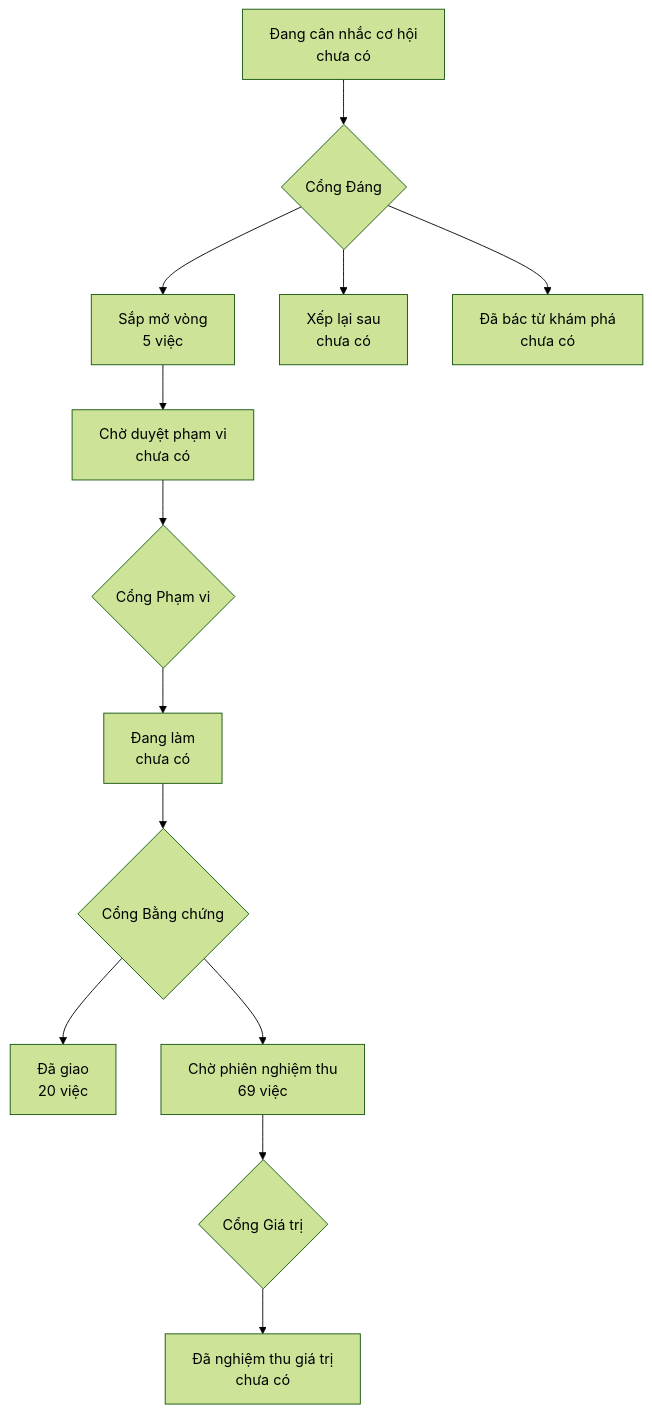
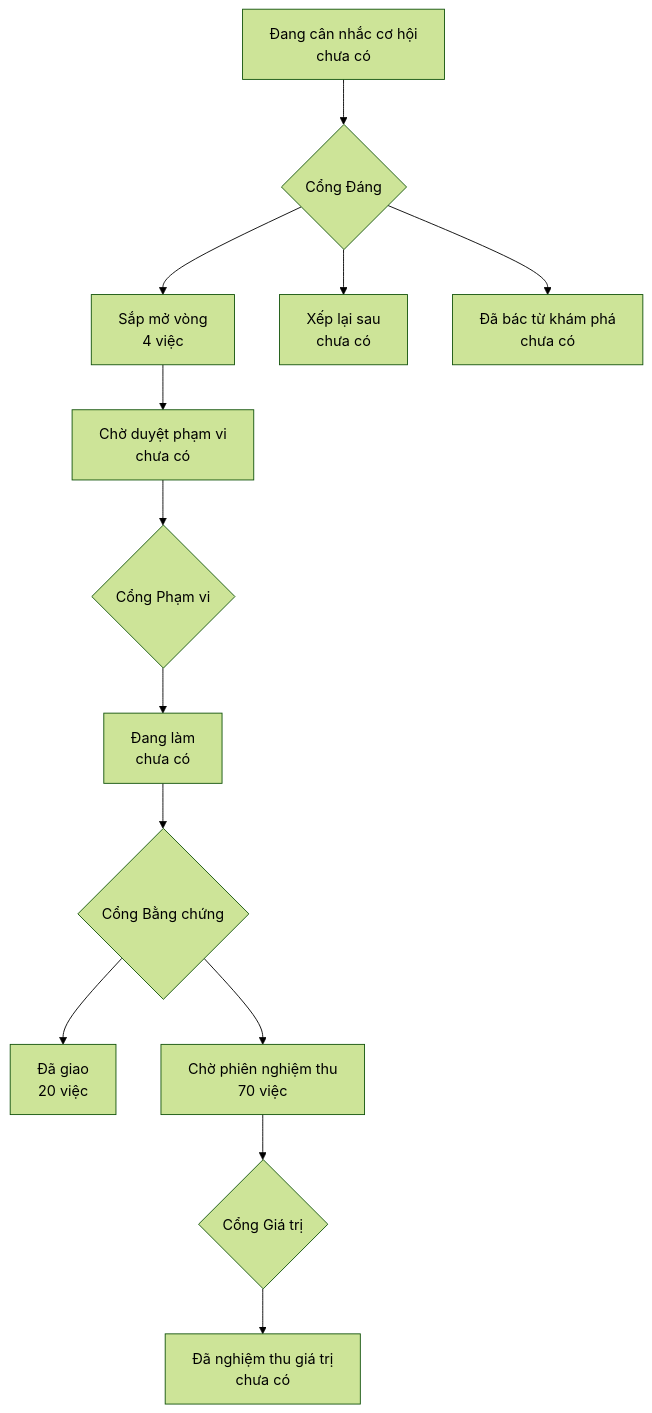
One commit to phanlemanh/onehub-quy-hang changed the diagram in PRODUCT-MAP.md. Above: the diagram before and after it, drawn with Mermaid (forest theme). The commit also changed 1 other file, not shown here.

Commit message:
chore: vẽ lại bản đồ sau gộp main (lead-dien-thoai)

````diff
--- a/PRODUCT-MAP.md
+++ b/PRODUCT-MAP.md
@@ -7,12 +7,12 @@
 ```mermaid
 flowchart TD
   A["Đang cân nhắc cơ hội<br/>chưa có"] --> GD{"Cổng Đáng"}
-  GD --> B["Sắp mở vòng<br/>5 việc"]
+  GD --> B["Sắp mở vòng<br/>4 việc"]
   GD --> XL["Xếp lại sau<br/>chưa có"]
   GD --> DB["Đã bác từ khám phá<br/>chưa có"]
   B --> CD["Chờ duyệt phạm vi<br/>chưa có"] --> GP{"Cổng Phạm vi"}
   GP --> DL["Đang làm<br/>chưa có"] --> GB{"Cổng Bằng chứng"}
   GB --> DG["Đã giao<br/>20 việc"]
-  GB --> CN["Chờ phiên nghiệm thu<br/>69 việc"] --> GG{"Cổng Giá trị"}
+  GB --> CN["Chờ phiên nghiệm thu<br/>70 việc"] --> GG{"Cổng Giá trị"}
   GG --> NT["Đã nghiệm thu giá trị<br/>chưa có"]
 ```
````
